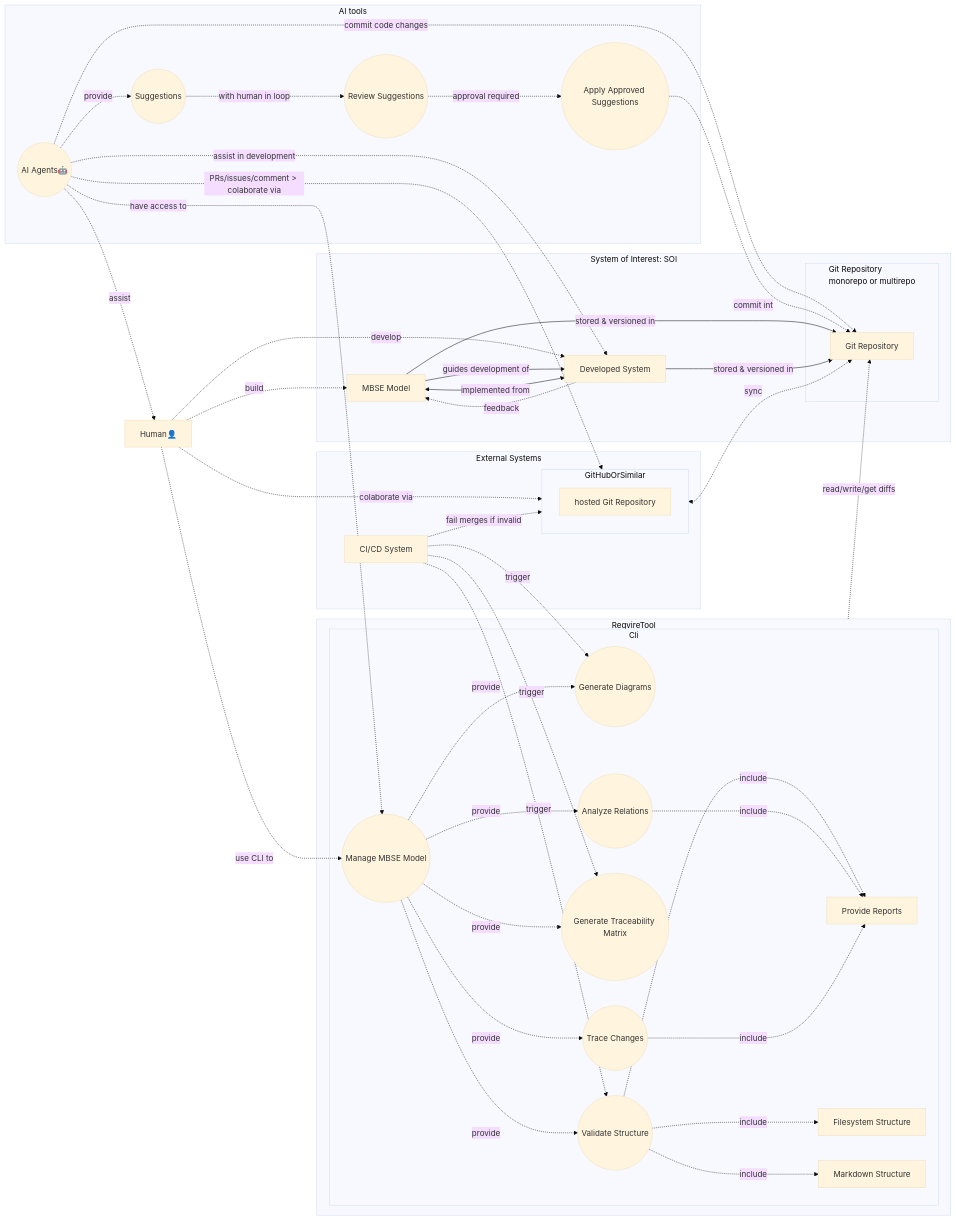
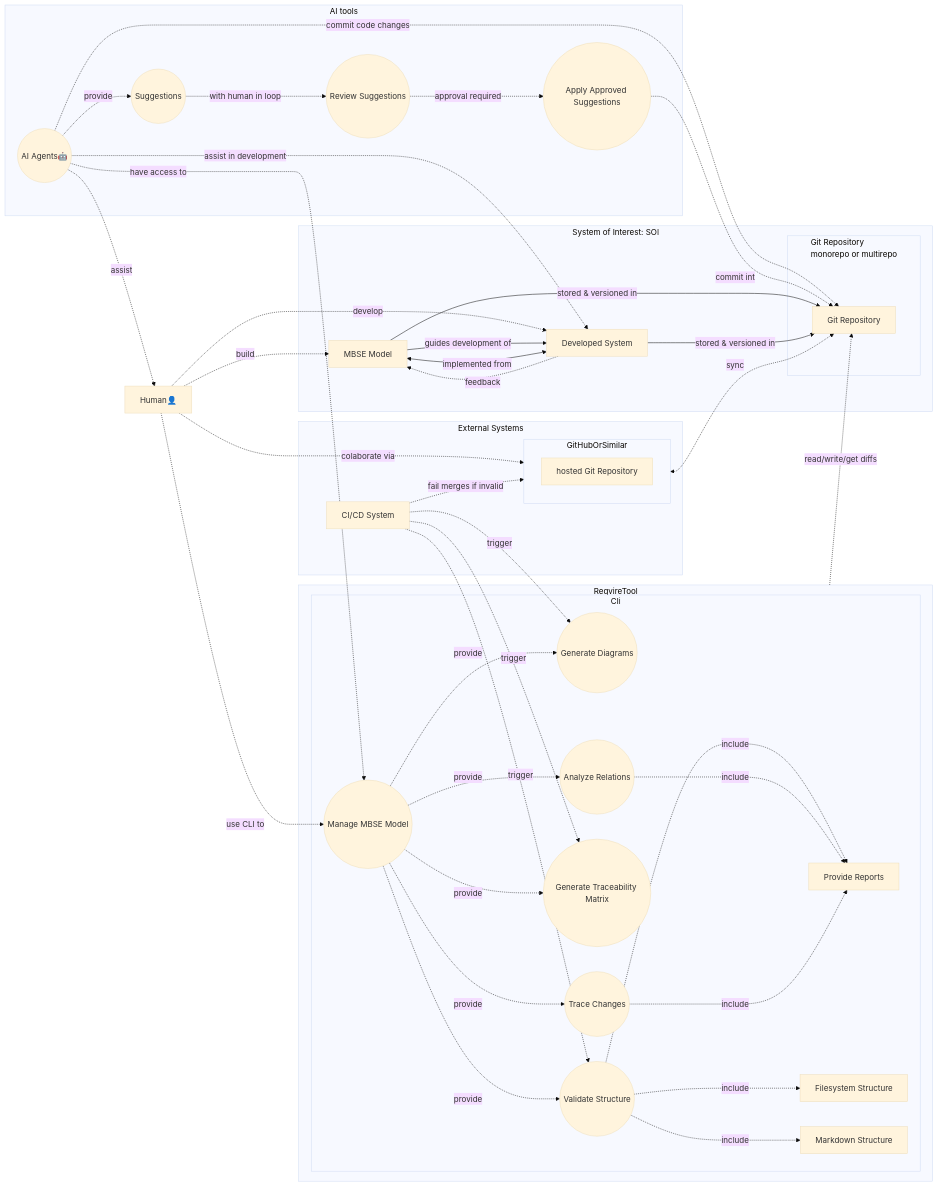
The diagram in specifications/Usecases.md (reqvire-org/reqvire), drawn with Mermaid (base theme) before and after one commit. The commit also changed 37 other files, not shown here.

Commit message:
Allow diagrams with blobs links when configured.

```diff
--- a/specifications/Usecases.md
+++ b/specifications/Usecases.md
@@ -58,7 +58,6 @@
     human -. colaborate via .-> GitHubOrSimilar
 
     ReqvireTool -. read/write/get diffs .-> gitRepository
-    aiAgents -. PRs/issues/comment > colaborate via .-> GitHubOrSimilar
  
     manageModel -. provide .-> validateStructure
     validateStructure -. include .-> markdownSucture
```
